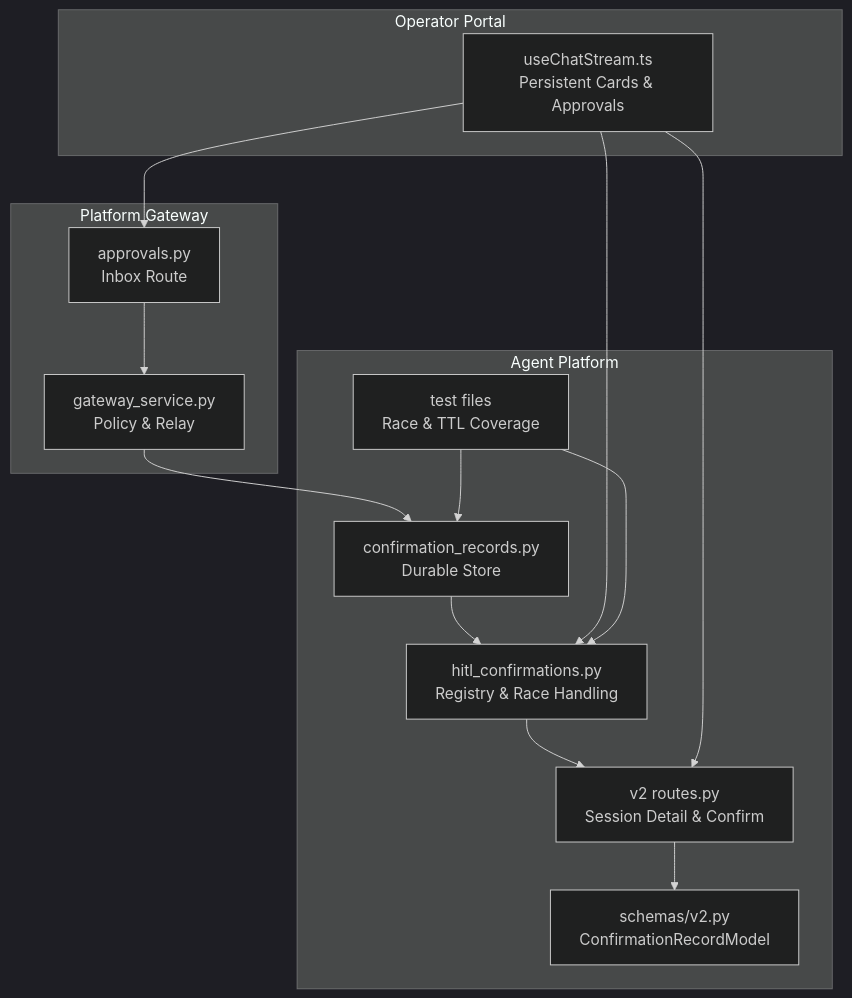
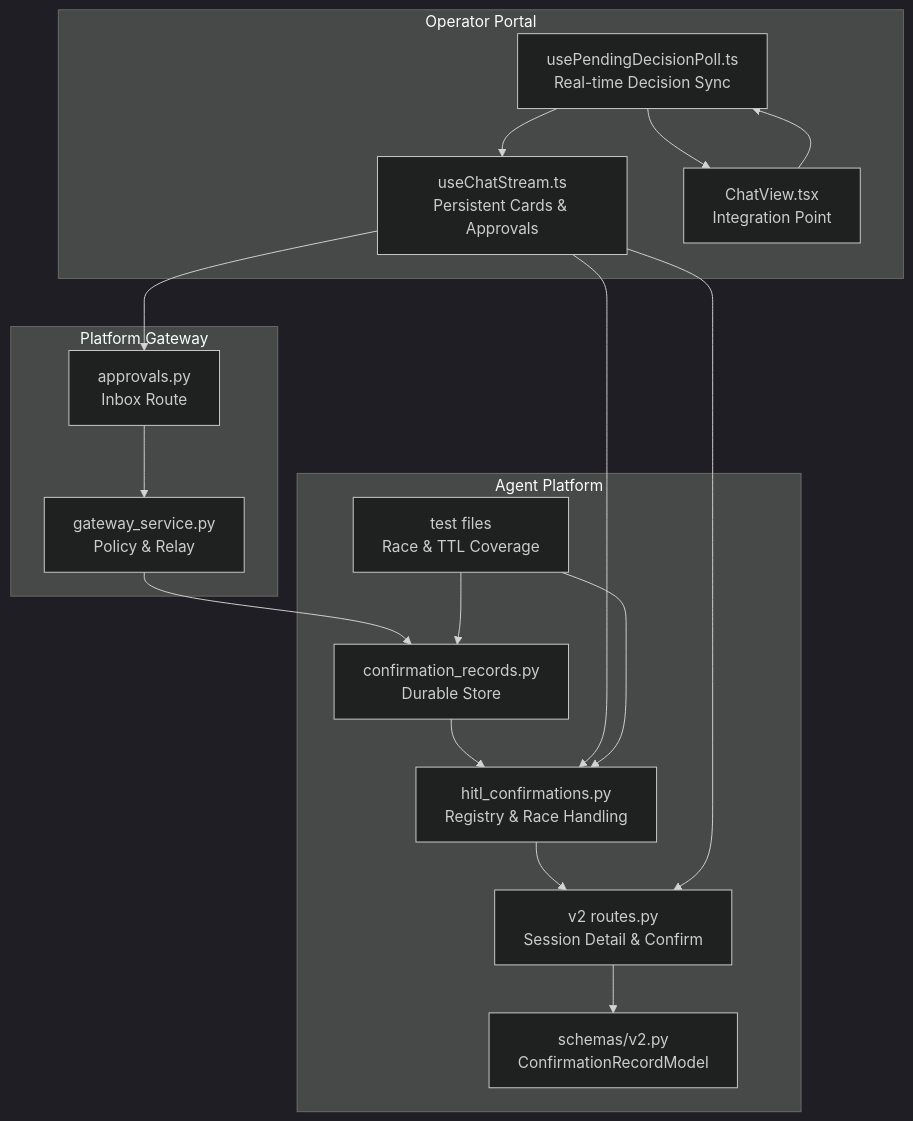
One commit to metasync/luban-aiops changed the first of 8 diagrams in .qoder/repowiki/en/content/Architecture Documentation/SPEC-031_ Approval Inbox and Persistent Confirmation Cards.md. Above: the diagram before and after it, drawn with Mermaid (dark theme). The commit also changed other lines of this file and 18 other files, not shown here.

````diff
--- a/.qoder/repowiki/en/content/Architecture Documentation/SPEC-031_ Approval Inbox and Persistent Confirmation Cards.md
+++ b/.qoder/repowiki/en/content/Architecture Documentation/SPEC-031_ Approval Inbox and Persistent Confirmation Cards.md
@@ -50,27 +56,32 @@
 ```mermaid
 graph TB
 subgraph "Agent Platform"
 CR["confirmation_records.py<br/>Durable Store"]
 HITL["hitl_confirmations.py<br/>Registry & Race Handling"]
 V2["v2 routes.py<br/>Session Detail & Confirm"]
 SCHEMA["schemas/v2.py<br/>ConfirmationRecordModel"]
 TESTS["test files<br/>Race & TTL Coverage"]
 end
 subgraph "Platform Gateway"
 APPR["approvals.py<br/>Inbox Route"]
 GSVC["gateway_service.py<br/>Policy & Relay"]
 end
 subgraph "Operator Portal"
 STREAM["useChatStream.ts<br/>Persistent Cards & Approvals"]
+POLL["usePendingDecisionPoll.ts<br/>Real-time Decision Sync"]
+CHATVIEW["ChatView.tsx<br/>Integration Point"]
 end
 CR --> HITL
 HITL --> V2
 V2 --> SCHEMA
 APPR --> GSVC
 GSVC --> CR
 STREAM --> APPR
 STREAM --> V2
 STREAM --> HITL
+POLL --> STREAM
+POLL --> CHATVIEW
+CHATVIEW --> POLL
 TESTS --> CR
 TESTS --> HITL
 ```
````
